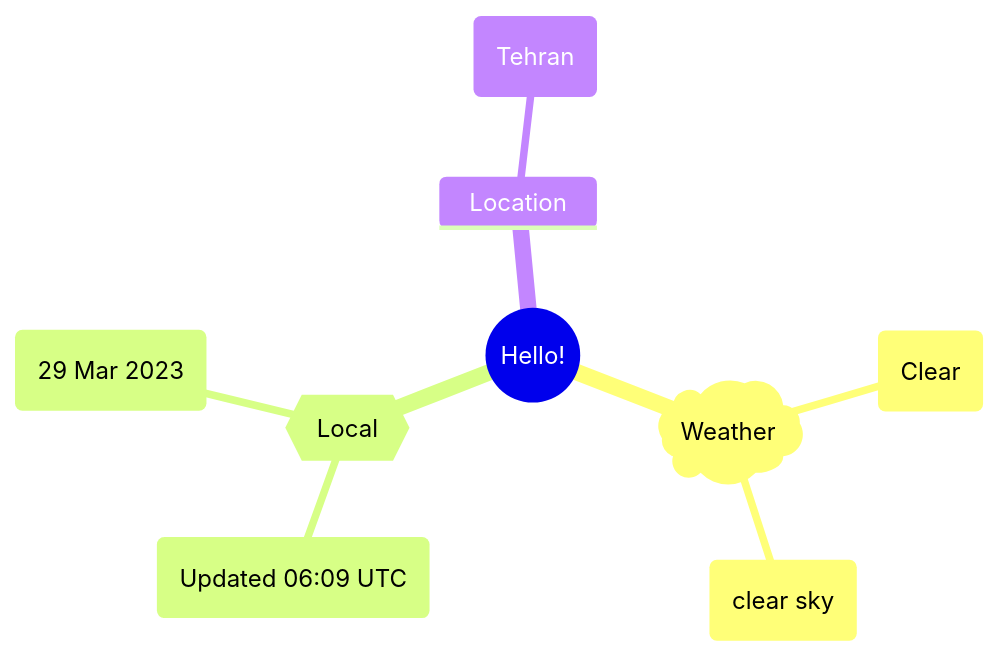
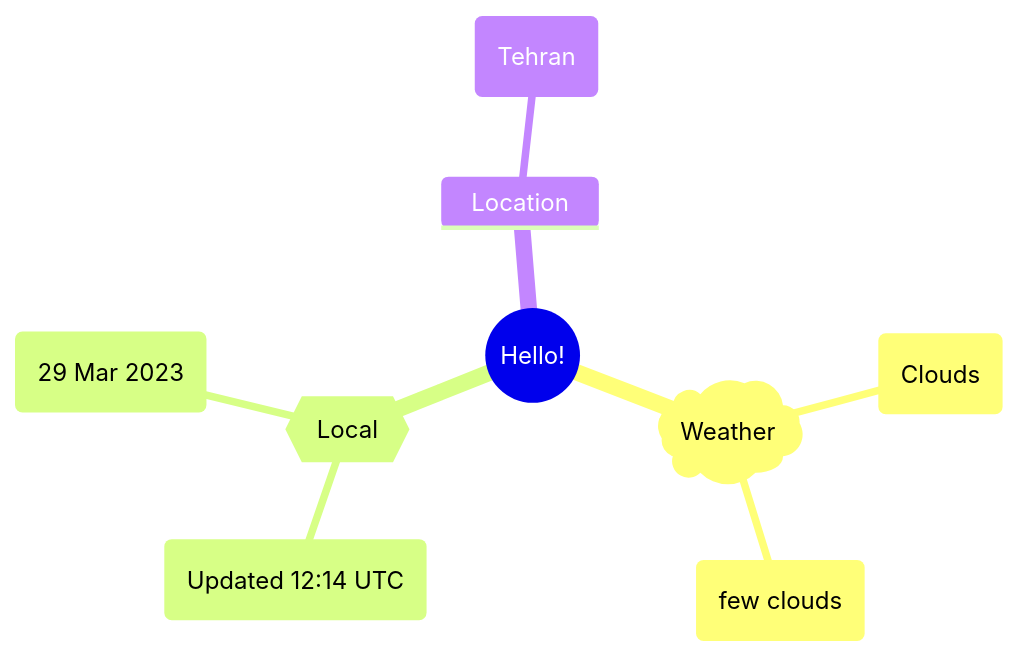
Before and after one commit to Xosrov/Xosrov: the first of 2 diagrams in README.md, drawn with Mermaid.

Commit message:
[bot] updated images

````diff
--- a/README.md
+++ b/README.md
@@ -3,12 +3,12 @@
 ```mermaid
 mindmap
   root((Hello!))
     )Weather(
-        (Clear)
-        (clear sky)
+        (Clouds)
+        (few clouds)
     {{Local}}
-        (Updated 06:09 UTC)
+        (Updated 12:14 UTC)
         (29 Mar 2023)
     Location
         (Tehran)
 ```
````
